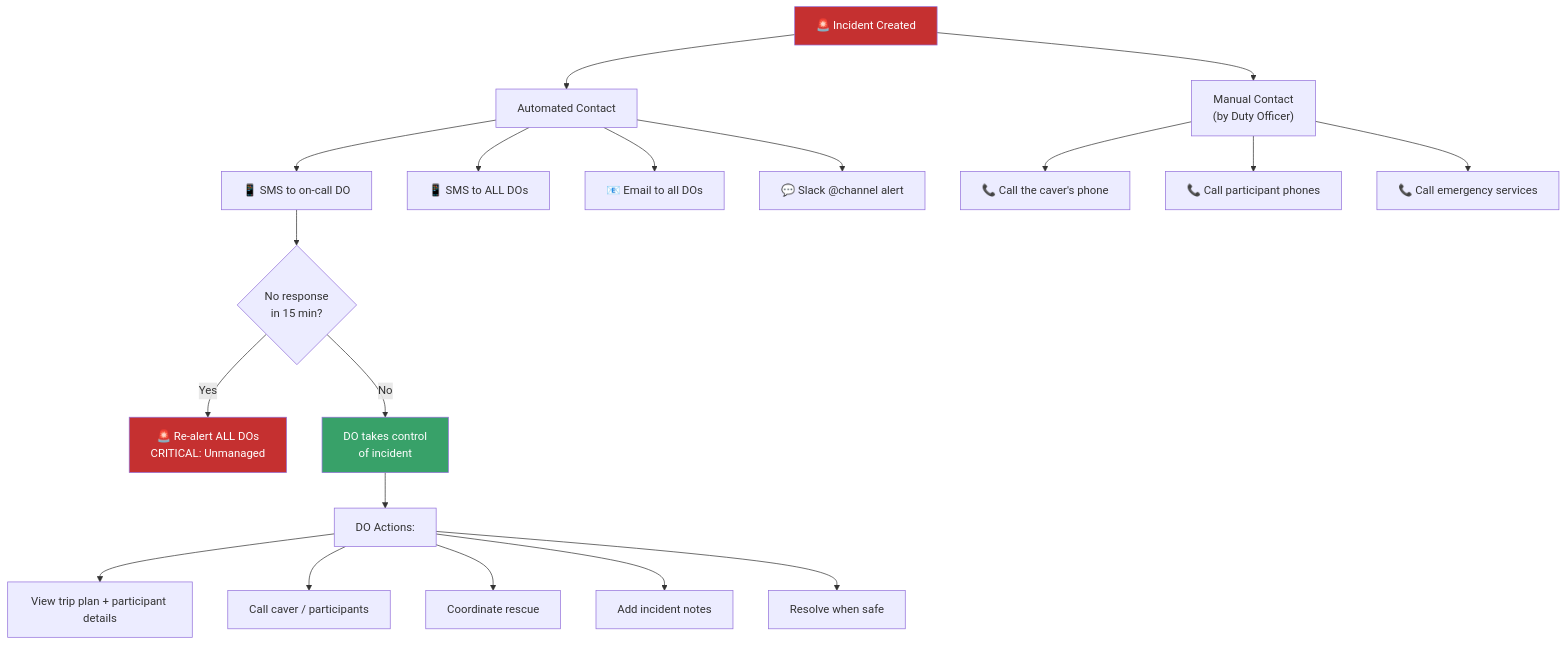
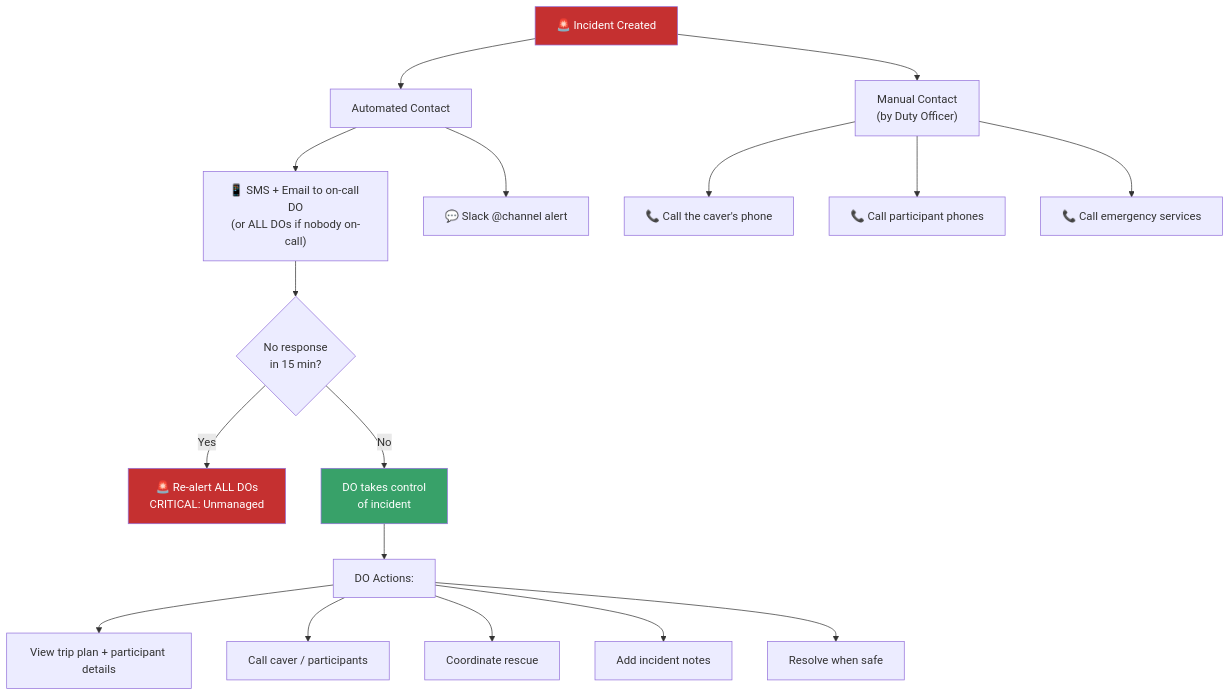
Before and after one commit to paperclipmonkey/subterra: the seventh of 8 diagrams in docs/callout-system.md, drawn with Mermaid. The commit also changed other lines of this file and 62 other files, not shown here.

````diff
--- a/docs/callout-system.md
+++ b/docs/callout-system.md
@@ -268,28 +284,26 @@
 ```mermaid
 flowchart TD
     Trigger["🚨 Incident Created"] --> Auto["Automated Contact"]
-    Auto --> SMS1["📱 SMS to on-call DO"]
-    Auto --> SMS2["📱 SMS to ALL DOs"]
-    Auto --> Email1["📧 Email to all DOs"]
+    Auto --> SMS1["📱 SMS + Email to on-call DO<br/>(or ALL DOs if nobody on-call)"]
     Auto --> Slack1["💬 Slack @channel alert"]
 
     Trigger --> Manual["Manual Contact<br/>(by Duty Officer)"]
     Manual --> Call1["📞 Call the caver's phone"]
     Manual --> Call2["📞 Call participant phones"]
     Manual --> Call3["📞 Call emergency services"]
 
     SMS1 --> Escalate{"No response<br/>in 15 min?"}
     Escalate -->|Yes| ReAlert["🚨 Re-alert ALL DOs<br/>CRITICAL: Unmanaged"]
     Escalate -->|No| TakeControl["DO takes control<br/>of incident"]
 
     TakeControl --> DOActions["DO Actions:"]
     DOActions --> Action1["View trip plan + participant details"]
     DOActions --> Action2["Call caver / participants"]
     DOActions --> Action3["Coordinate rescue"]
     DOActions --> Action4["Add incident notes"]
     DOActions --> Action5["Resolve when safe"]
 
     style Trigger fill:#c53030,color:#fff
     style ReAlert fill:#c53030,color:#fff
     style TakeControl fill:#38a169,color:#fff
 ```
````
